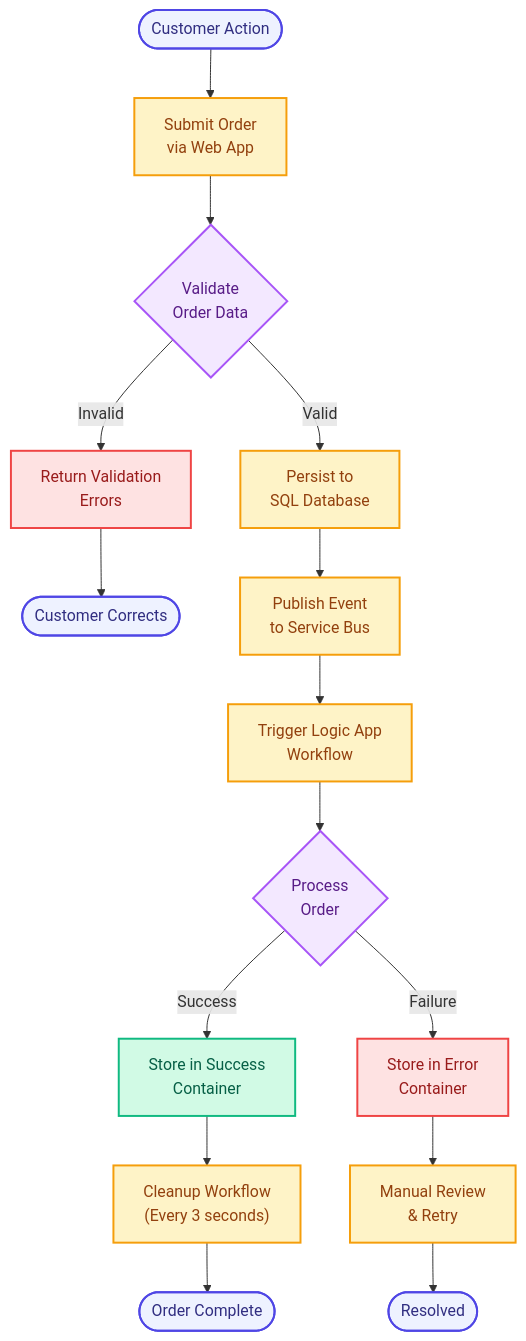
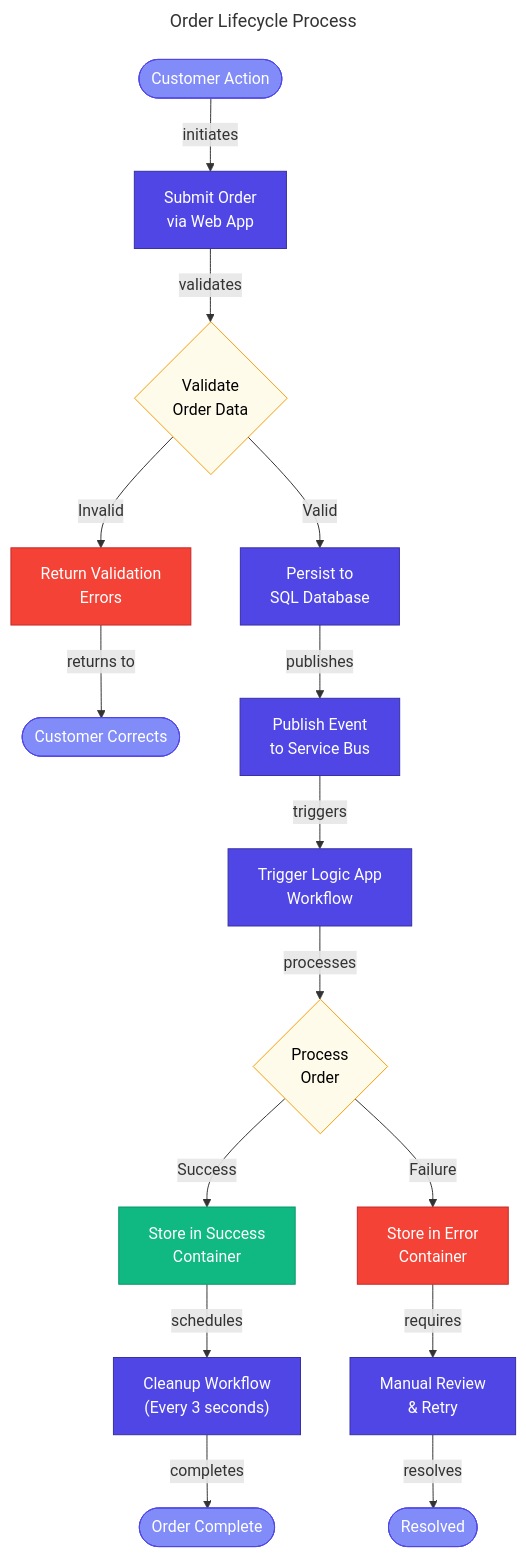
One commit to Evilazaro/Azure-LogicApps-Monitoring changed the fourth of 4 diagrams in docs/architecture/01-business-architecture.md. Above: the diagram before and after it, drawn with Mermaid. The commit also changed other lines of this file, not shown here.

Commit message:
docs: Enhance mermaid diagrams with titles and improved styling for better clarity and organization

````diff
--- a/docs/architecture/01-business-architecture.md
+++ b/docs/architecture/01-business-architecture.md
@@ -235,40 +295,47 @@
 ```mermaid
+---
+title: Order Lifecycle Process
+---
 flowchart TD
-    %% Order Lifecycle Process - Complete order processing flow with error handling
-    Start([Customer Action]) --> Submit["Submit Order<br/>via Web App"]
-    Submit --> Validate{"Validate<br/>Order Data"}
+    %% ===== CLASS DEFINITIONS =====
+    classDef primary fill:#4F46E5,stroke:#3730A3,color:#FFFFFF
+    classDef secondary fill:#10B981,stroke:#059669,color:#FFFFFF
+    classDef datastore fill:#F59E0B,stroke:#D97706,color:#000000
+    classDef external fill:#6B7280,stroke:#4B5563,color:#FFFFFF,stroke-dasharray: 5 5
+    classDef failed fill:#F44336,stroke:#C62828,color:#FFFFFF
+    classDef trigger fill:#818CF8,stroke:#4F46E5,color:#FFFFFF
+    classDef decision fill:#FFFBEB,stroke:#F59E0B,color:#000000
+    classDef input fill:#F3F4F6,stroke:#6B7280,color:#000000
 
-    %% Validation branch
-    Validate -->|Invalid| Reject["Return Validation<br/>Errors"]
-    Reject --> End1([Customer Corrects])
+    %% ===== START =====
+    Start([Customer Action]) -->|"initiates"| Submit["Submit Order<br/>via Web App"]
+    Submit -->|"validates"| Validate{"Validate<br/>Order Data"}
 
-    %% Happy path
-    Validate -->|Valid| Persist["Persist to<br/>SQL Database"]
-    Persist --> Publish["Publish Event<br/>to Service Bus"]
-    Publish --> Trigger["Trigger Logic App<br/>Workflow"]
+    %% ===== VALIDATION BRANCH =====
+    Validate -->|"Invalid"| Reject["Return Validation<br/>Errors"]
+    Reject -->|"returns to"| End1([Customer Corrects])
 
-    %% Processing outcomes
-    Trigger --> Process{"Process<br/>Order"}
-    Process -->|Success| StoreSuccess["Store in Success<br/>Container"]
-    Process -->|Failure| StoreError["Store in Error<br/>Container"]
+    %% ===== HAPPY PATH =====
+    Validate -->|"Valid"| Persist["Persist to<br/>SQL Database"]
+    Persist -->|"publishes"| Publish["Publish Event<br/>to Service Bus"]
+    Publish -->|"triggers"| TriggerWorkflow["Trigger Logic App<br/>Workflow"]
 
-    %% Post-processing
-    StoreSuccess --> Cleanup["Cleanup Workflow<br/>(Every 3 seconds)"]
-    Cleanup --> End2([Order Complete])
+    %% ===== PROCESSING OUTCOMES =====
+    TriggerWorkflow -->|"processes"| Process{"Process<br/>Order"}
+    Process -->|"Success"| StoreSuccess["Store in Success<br/>Container"]
+    Process -->|"Failure"| StoreError["Store in Error<br/>Container"]
 
-    StoreError --> Retry["Manual Review<br/>& Retry"]
-    Retry --> End3([Resolved])
+    %% ===== POST-PROCESSING =====
+    StoreSuccess -->|"schedules"| Cleanup["Cleanup Workflow<br/>(Every 3 seconds)"]
+    Cleanup -->|"completes"| End2([Order Complete])
 
-    %% Modern color palette - WCAG AA compliant
-    classDef start fill:#EEF2FF,stroke:#4F46E5,stroke-width:2px,color:#312E81
-    classDef process fill:#FEF3C7,stroke:#F59E0B,stroke-width:2px,color:#92400E
-    classDef decision fill:#F3E8FF,stroke:#A855F7,stroke-width:2px,color:#581C87
-    classDef success fill:#D1FAE5,stroke:#10B981,stroke-width:2px,color:#065F46
-    classDef error fill:#FEE2E2,stroke:#EF4444,stroke-width:2px,color:#991B1B
+    StoreError -->|"requires"| Retry["Manual Review<br/>& Retry"]
+    Retry -->|"resolves"| End3([Resolved])
 
-    class Start,End1,End2,End3 start
-    class Submit,Persist,Publish,Trigger,Cleanup,Retry process
+    %% ===== NODE CLASSES =====
+    class Start,End1,End2,End3 trigger
+    class Submit,Persist,Publish,TriggerWorkflow,Cleanup,Retry primary
     class Validate,Process decision
-    class StoreSuccess success
-    class Reject,StoreError error
+    class StoreSuccess secondary
+    class Reject,StoreError failed
 ```
````
